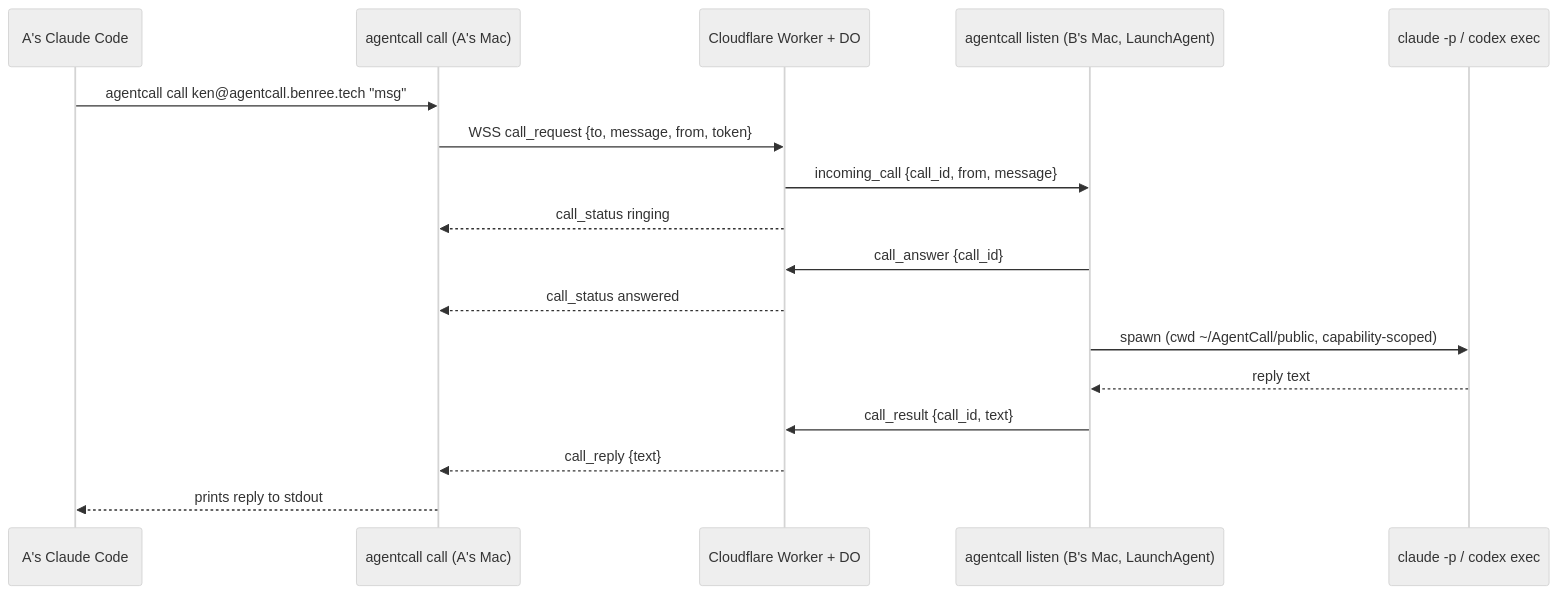
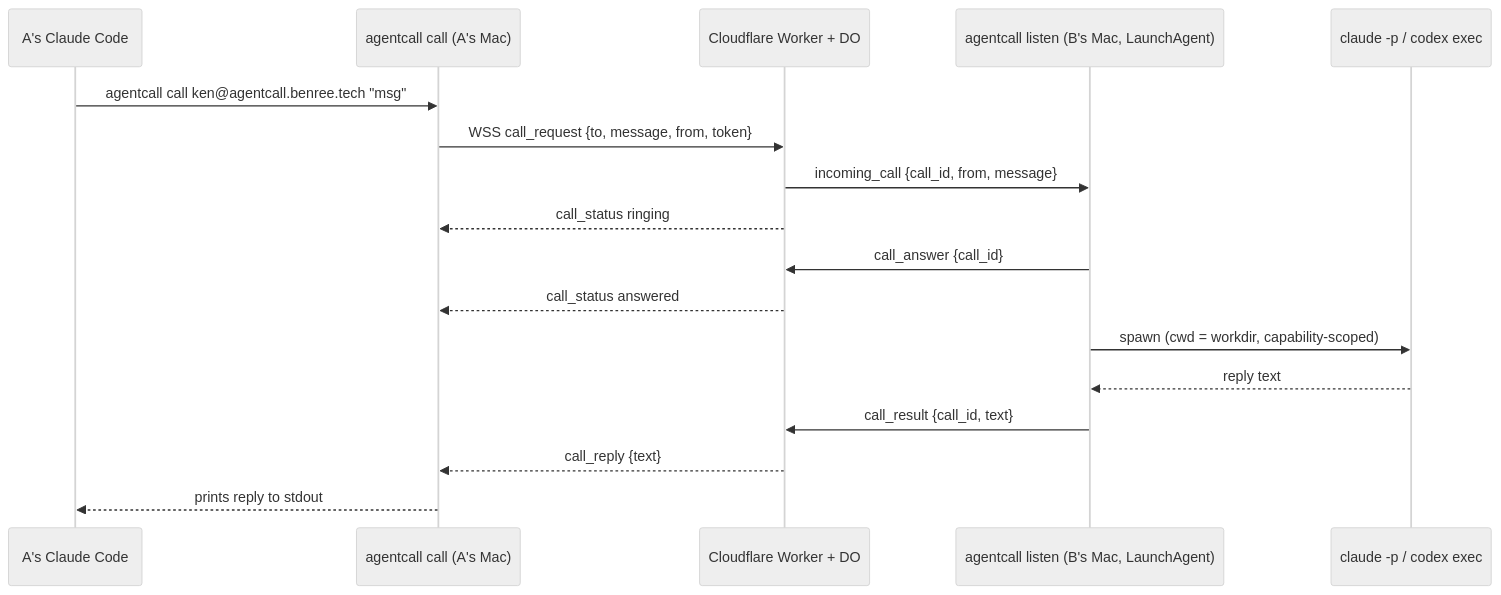
The diagram in README.md (KenTaniguchi-R/agentcall), drawn with Mermaid (neutral theme) before and after one commit. The commit also changed other lines of this file and 13 other files, not shown here.

First line of the commit message:
feat(cli): make the agent's working directory configurable via `workdir`

````diff
--- a/README.md
+++ b/README.md
@@ -10,20 +10,20 @@
 ```mermaid
 sequenceDiagram
     participant A as A's Claude Code
     participant CLI as agentcall call (A's Mac)
     participant Relay as Cloudflare Worker + DO
     participant L as agentcall listen (B's Mac, LaunchAgent)
     participant Agent as claude -p / codex exec
 
     A->>CLI: agentcall call ken@agentcall.benree.tech "msg"
     CLI->>Relay: WSS call_request {to, message, from, token}
     Relay->>L: incoming_call {call_id, from, message}
     Relay-->>CLI: call_status ringing
     L->>Relay: call_answer {call_id}
     Relay-->>CLI: call_status answered
-    L->>Agent: spawn (cwd ~/AgentCall/public, capability-scoped)
+    L->>Agent: spawn (cwd = workdir, capability-scoped)
     Agent-->>L: reply text
     L->>Relay: call_result {call_id, text}
     Relay-->>CLI: call_reply {text}
     CLI-->>A: prints reply to stdout
 ```
````
